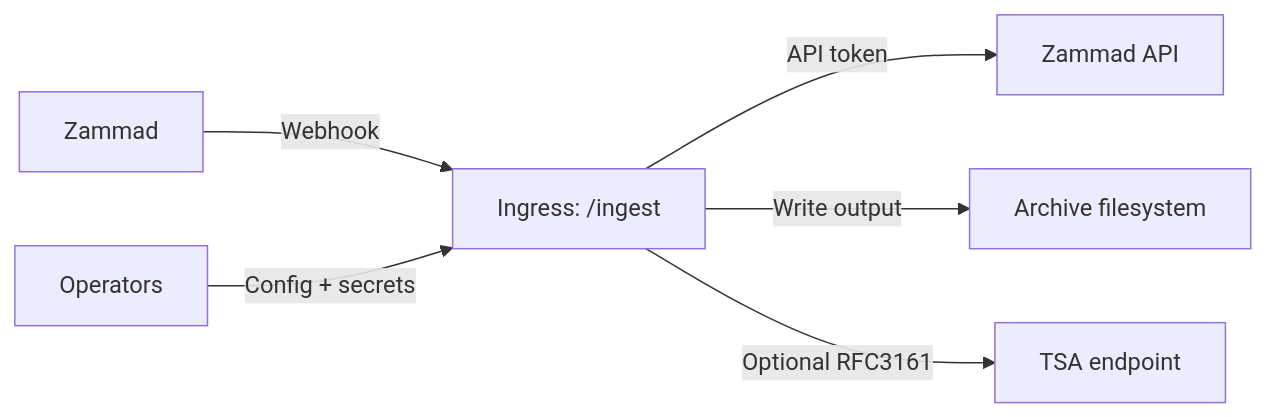
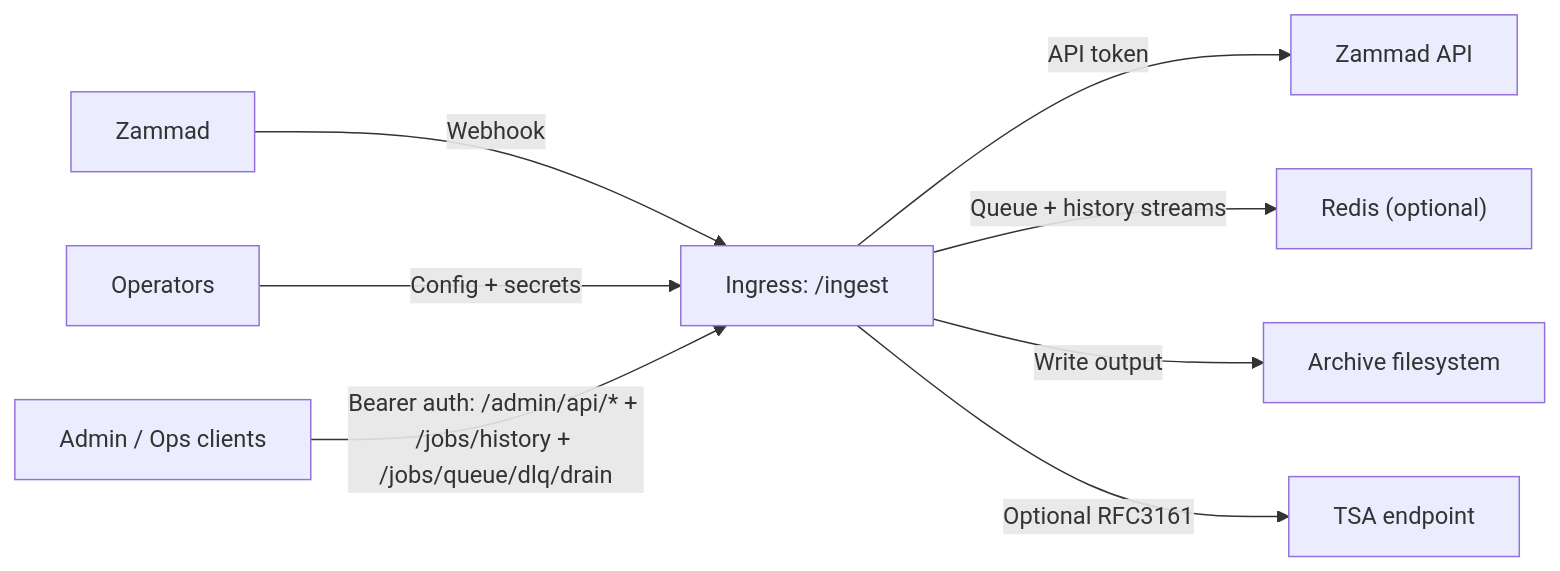
Before and after one commit to sebastianspicker/zammad-ticket-archiver: the diagram in docs/09-security.md, drawn with Mermaid. The commit also changed 29 other files, not shown here.

````diff
--- a/docs/09-security.md
+++ b/docs/09-security.md
@@ -7,8 +7,10 @@
 ```mermaid
 flowchart LR
-  Z["Zammad"] -->|Webhook| I["Ingress: /ingest"]
-  I -->|API token| ZA["Zammad API"]
-  I -->|Write output| FS["Archive filesystem"]
-  I -->|Optional RFC3161| TSA["TSA endpoint"]
-  OP["Operators"] -->|Config + secrets| I
+  Z["Zammad"] -->|"Webhook"| I["Ingress: /ingest"]
+  OP["Operators"] -->|"Config + secrets"| I
+  A["Admin / Ops clients"] -->|"Bearer auth: /admin/api/* + /jobs/history + /jobs/queue/dlq/drain"| I
+  I -->|"API token"| ZA["Zammad API"]
+  I -->|"Queue + history streams"| R["Redis (optional)"]
+  I -->|"Write output"| FS["Archive filesystem"]
+  I -->|"Optional RFC3161"| TSA["TSA endpoint"]
 ```
````
